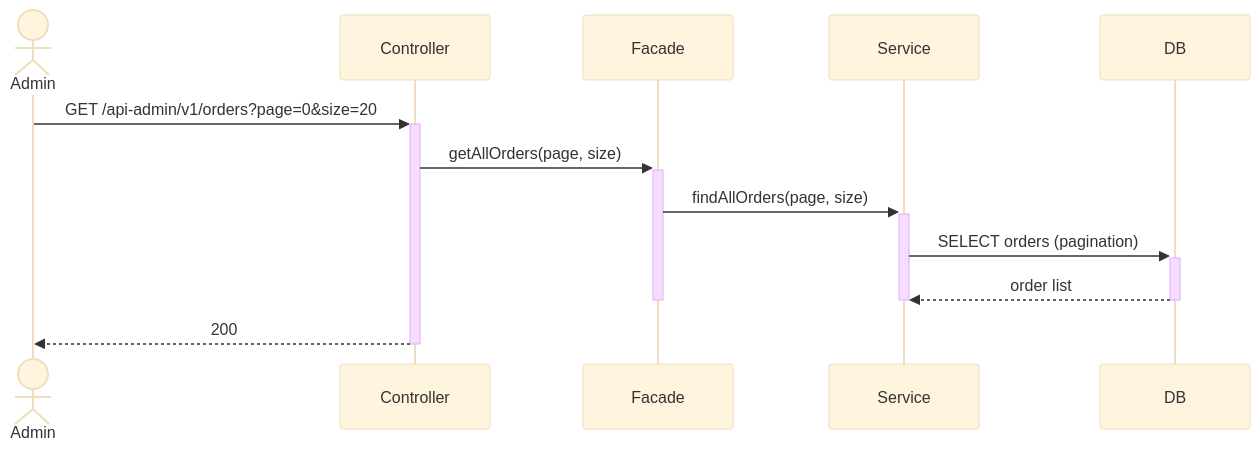
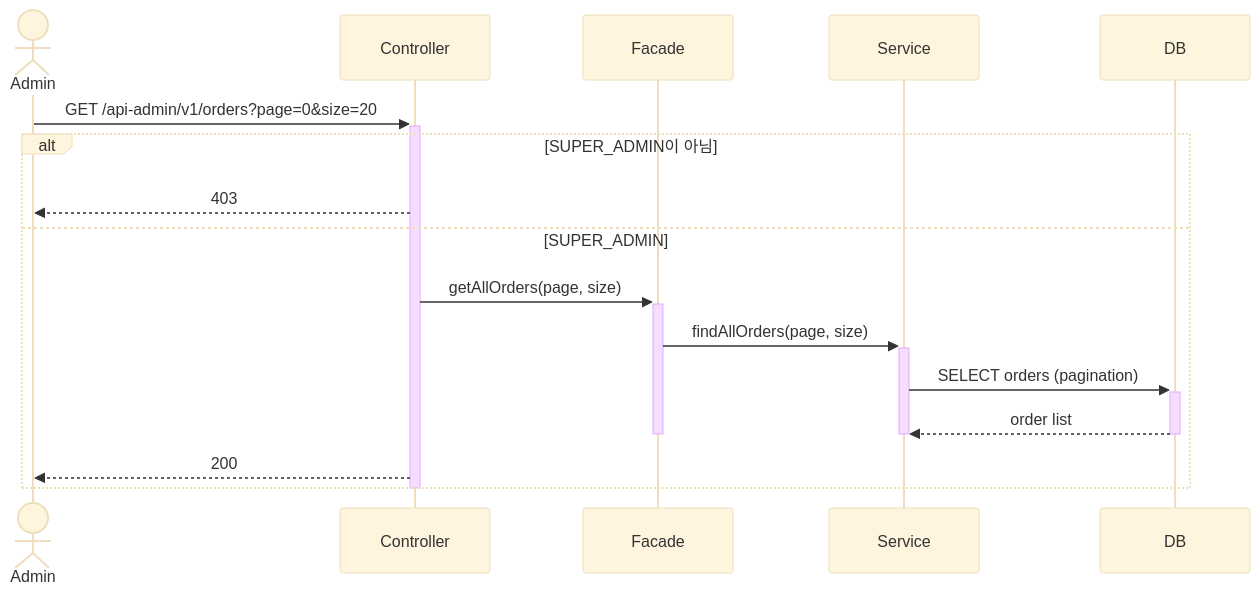
Before and after one commit to loopers-labs/loop-pack-be-l2-vol4-java: diagram 20 of 21 in .docs/design/02-sequence-diagrams.md, drawn with Mermaid (base theme). The commit also changed other lines of this file and 3 other files, not shown here.

````diff
--- a/.docs/design/02-sequence-diagrams.md
+++ b/.docs/design/02-sequence-diagrams.md
@@ -597,17 +644,23 @@
 ```mermaid
 sequenceDiagram
     actor Admin
     participant Controller
     participant Facade
     participant Service
     participant DB
 
     Admin->>+Controller: GET /api-admin/v1/orders?page=0&size=20
-    Controller->>+Facade: getAllOrders(page, size)
-    Facade->>+Service: findAllOrders(page, size)
-    Service->>+DB: SELECT orders (pagination)
-    DB-->>-Service: order list
-    deactivate Service
-    deactivate Facade
-    Controller-->>-Admin: 200
+
+    alt SUPER_ADMIN이 아님
+        Controller-->>Admin: 403
+    else SUPER_ADMIN
+        Controller->>+Facade: getAllOrders(page, size)
+        Facade->>+Service: findAllOrders(page, size)
+        Service->>+DB: SELECT orders (pagination)
+        DB-->>-Service: order list
+        deactivate Service
+        deactivate Facade
+        Controller-->>Admin: 200
+    end
+    deactivate Controller
 ```
````
